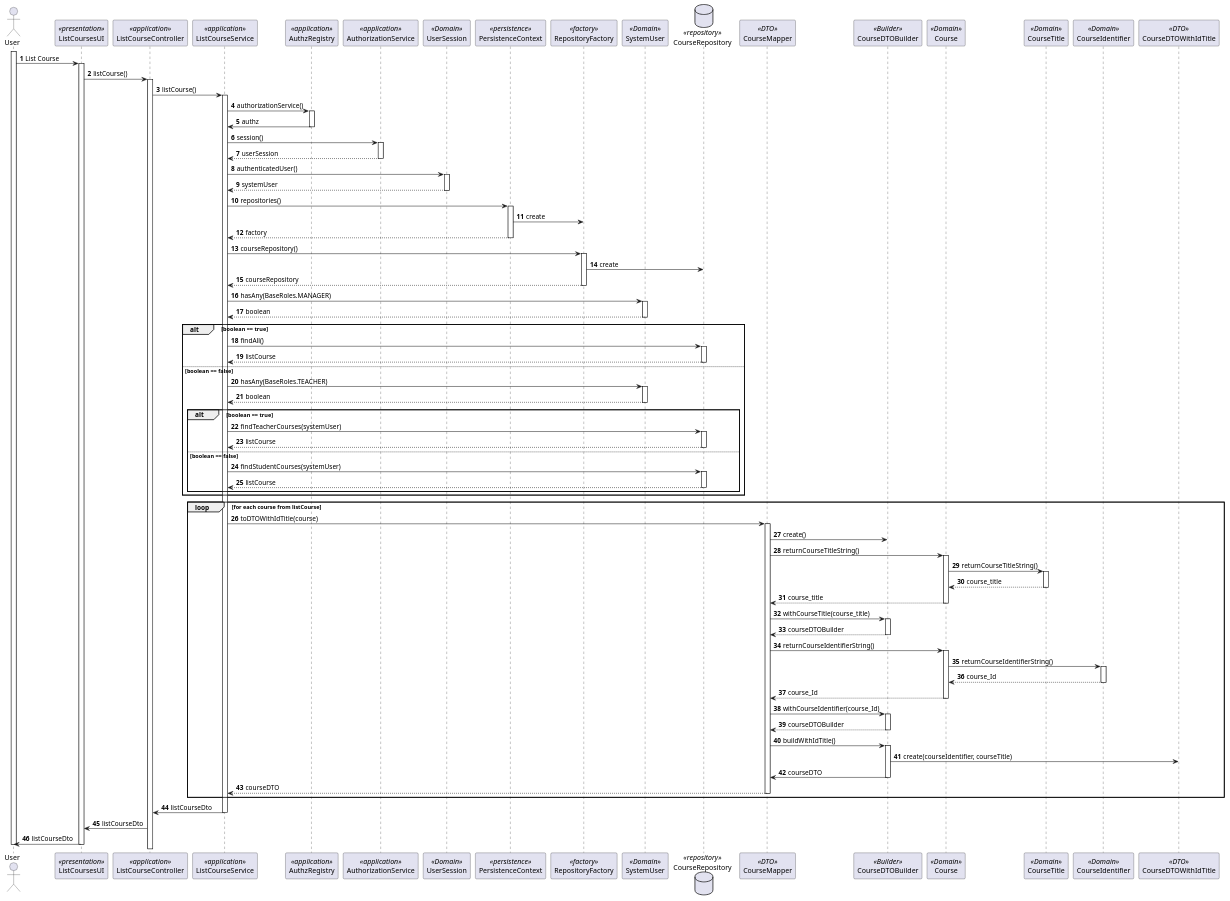
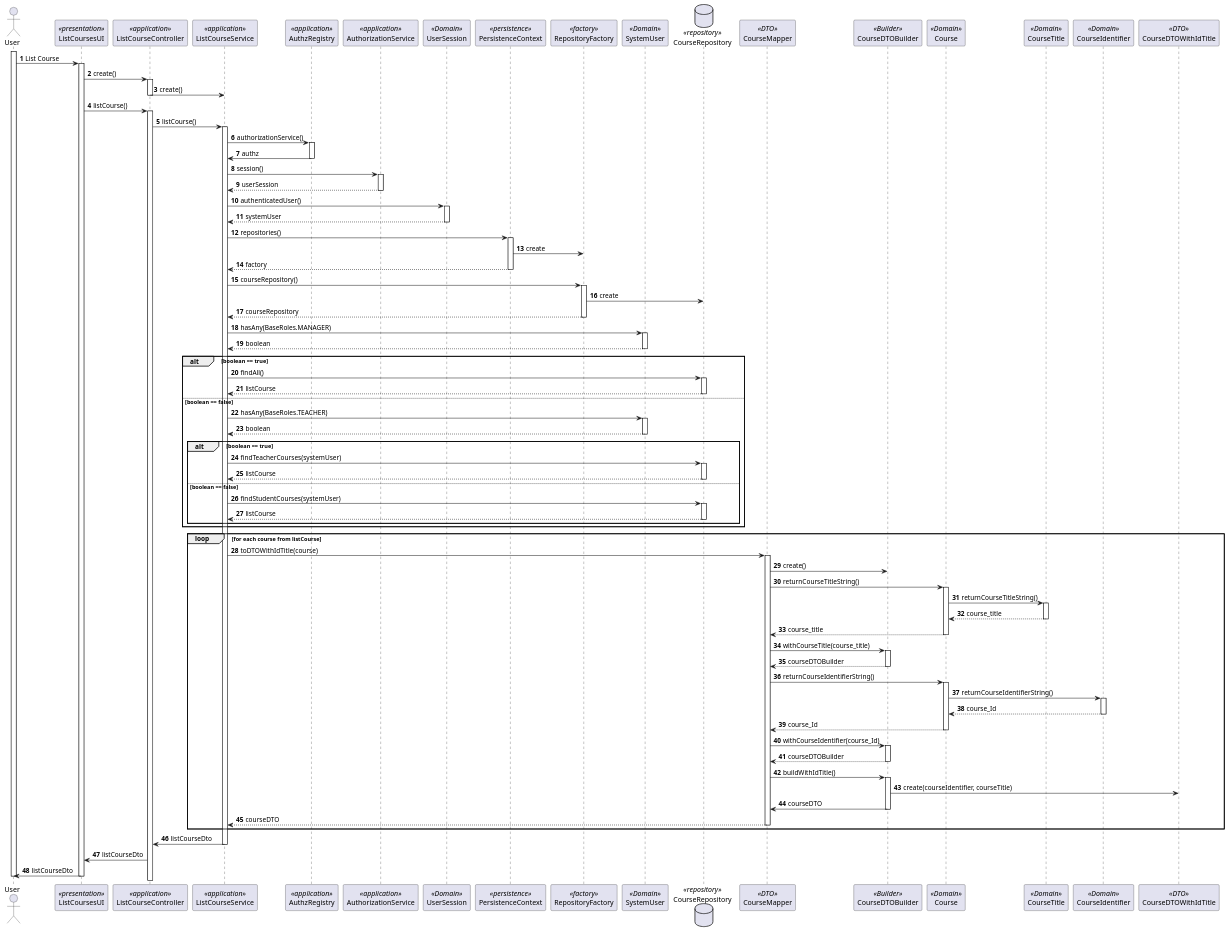
The diagram in docs/Sprint_B/us_1006/SD_ListCourses.puml (Marco-Nobrega-Andrade/sem4pi_22_23), drawn with PlantUML before and after one commit. The commit also changed 1 other file, not shown here.

Commit message:
[US_1006][Design] Added the creation methods for the ListCourseController and ListCourseService in the SD

```diff
--- a/docs/Sprint_B/us_1006/SD_ListCourses.puml
+++ b/docs/Sprint_B/us_1006/SD_ListCourses.puml
@@ -1,162 +1,166 @@
 @startuml
 'https://plantuml.com/sequence-diagram
 
 autonumber
 
 actor User
 
 participant "ListCoursesUI" as ui <<presentation>>
 participant "ListCourseController" as ctrl <<application>>
 
 
 
 participant ListCourseService as service <<application>>
 
 participant AuthzRegistry as auth <<application>>
 participant AuthorizationService as authSV <<application>>
 participant UserSession as userSe <<Domain>>
 
 participant PersistenceContext as Persistence <<persistence>>
 participant RepositoryFactory as RepFactory <<factory>>
 participant SystemUser as systemUser <<Domain>>
 
 database CourseRepository as courseRep <<repository>>
 
 
 
 participant "CourseMapper" as cm <<DTO>>
 participant "CourseDTOBuilder" as cb <<Builder>>
 participant "Course" as course <<Domain>>
 participant "CourseTitle" as ct <<Domain>>
 participant "CourseIdentifier" as ci <<Domain>>
 participant "CourseDTOWithIdTitle" as cdto <<DTO>>
 
 
 
 activate User
 User -> ui: List Course
 activate ui
+ui -> ctrl: create()
+activate ctrl
+ctrl->service : create()
+deactivate ctrl
 ui -> ctrl: listCourse()
 activate ctrl
 
 
 ctrl->service : listCourse()
 activate service
 
 
 
 
 
 service -> auth: authorizationService()
 activate auth
 auth -> service: authz
 deactivate auth
 service -> authSV: session()
 activate authSV
 authSV --> service: userSession
 deactivate authSV
 service -> userSe: authenticatedUser()
 activate userSe
 userSe --> service : systemUser
 deactivate userSe
 
 service -> Persistence: repositories()
 activate Persistence
 Persistence -> RepFactory: create
 Persistence --> service: factory
 deactivate Persistence
 service -> RepFactory: courseRepository()
 activate RepFactory
 RepFactory -> courseRep: create
 RepFactory --> service: courseRepository
 deactivate RepFactory
 
 service -> systemUser: hasAny(BaseRoles.MANAGER)
 activate systemUser
 systemUser --> service: boolean
 deactivate systemUser
 
 
 alt boolean == true
 service -> courseRep: findAll()
 activate courseRep
 courseRep --> service: listCourse
 deactivate courseRep
 
 else boolean == false
 service -> systemUser: hasAny(BaseRoles.TEACHER)
 activate systemUser
 systemUser --> service: boolean
 deactivate systemUser
 
 alt boolean == true
 service -> courseRep: findTeacherCourses(systemUser)
 activate courseRep
 courseRep --> service: listCourse
 deactivate courseRep
 
 else boolean == false
 service -> courseRep: findStudentCourses(systemUser)
 activate courseRep
 courseRep --> service: listCourse
 deactivate courseRep
 
 end alt
 
 deactivate authSV
 
 end alt
 
 
 loop for each course from listCourse
 service -> cm : toDTOWithIdTitle(course)
 activate cm
 cm -> cb : create()
 
 cm -> course : returnCourseTitleString()
 activate course
 course -> ct : returnCourseTitleString()
 activate ct
 ct --> course : course_title
 deactivate ct
 course --> cm : course_title
 deactivate course
 cm -> cb : withCourseTitle(course_title)
 activate cb
 cb --> cm : courseDTOBuilder
 deactivate cb
 cm -> course : returnCourseIdentifierString()
 activate course
 course -> ci : returnCourseIdentifierString()
 activate ci
 ci --> course : course_Id
 deactivate ci
 course --> cm : course_Id
 deactivate course
 cm -> cb : withCourseIdentifier(course_Id)
 activate cb
 cb --> cm : courseDTOBuilder
 deactivate cb
 deactivate course
 cm -> cb : buildWithIdTitle()
 activate cb
 cb -> cdto : create(courseIdentifier, courseTitle)
 cb -> cm: courseDTO
 deactivate cb
 cm --> service : courseDTO
 deactivate cm
 end loop
 
 
 service -> ctrl : listCourseDto
 deactivate service
 
 
 
 ctrl -> ui : listCourseDto
 ui -> User : listCourseDto
 
 
 deactivate ui
 deactivate User
 @enduml
```
